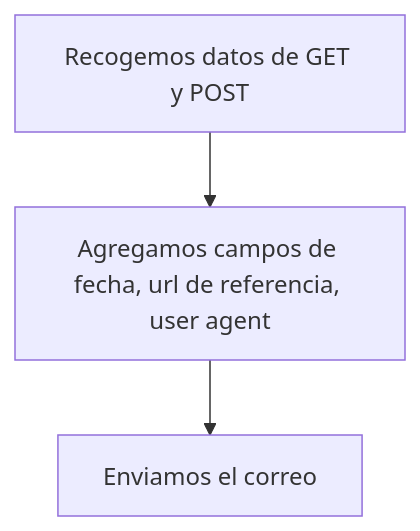
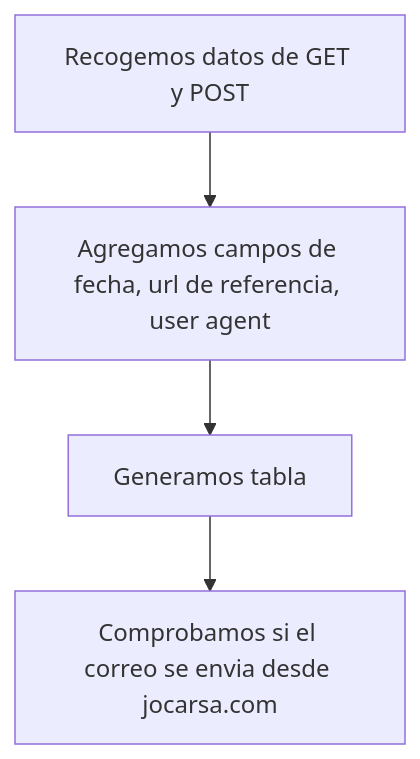
The diagram in README.md (jocarsa/jocarsa-email), drawn with Mermaid before and after one commit.

````diff
--- a/README.md
+++ b/README.md
@@ -5,5 +5,6 @@
 ```mermaid
     graph TD;
     RecogerDatos[Recogemos datos de GET y POST] --> AgregarCampos[Agregamos campos de fecha, url de referencia, user agent];
-    AgregarCampos --> EnviarEmail[Enviamos el correo];
+    AgregarCampos --> GenerarTabla[Generamos tabla];
+    GenerarTabla --> ComprobarDominio[Comprobamos si el correo se envia desde jocarsa.com];
 ```
````
